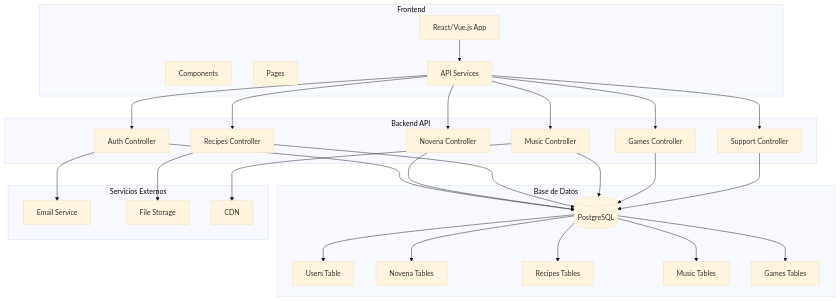
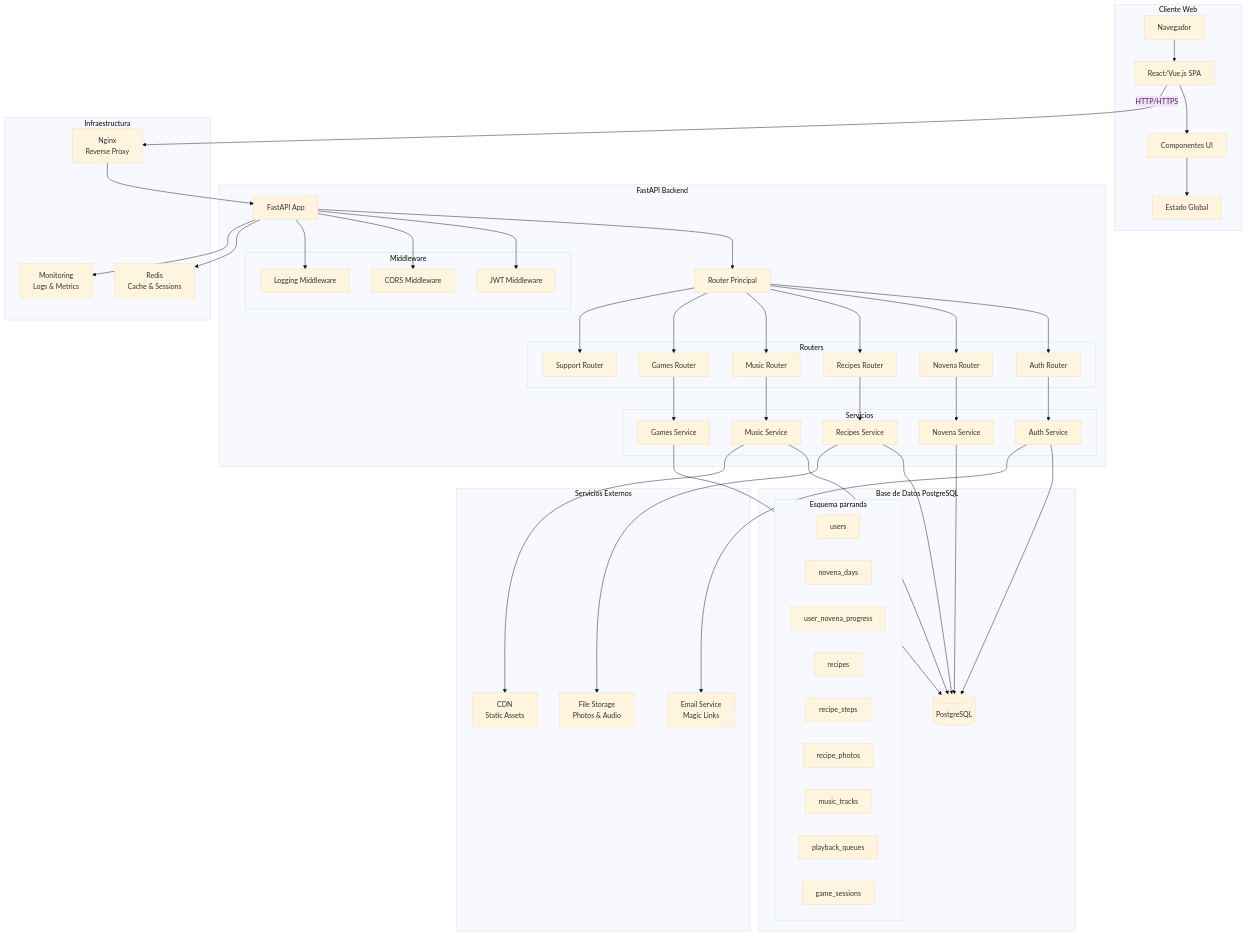
One commit to AndresGuido9820/Parranda-navide-a- changed the first of 2 diagrams in README.md. Above: the diagram before and after it, drawn with Mermaid (base theme). The commit also changed other lines of this file, not shown here.

````diff
--- a/README.md
+++ b/README.md
@@ -305,58 +316,111 @@
 ```mermaid
 graph TB
-    subgraph "Frontend"
-        UI[React/Vue.js App]
-        COMP[Components]
-        PAGES[Pages]
-        SERVICES[API Services]
+    subgraph "Cliente Web"
+        BROWSER[Navegador]
+        UI[React/Vue.js SPA]
+        COMP[Componentes UI]
+        STATE[Estado Global]
     end
     
-    subgraph "Backend API"
-        AUTH[Auth Controller]
-        NOVENA[Novena Controller]
-        RECIPES[Recipes Controller]
-        MUSIC[Music Controller]
-        GAMES[Games Controller]
-        SUPPORT[Support Controller]
+    subgraph "FastAPI Backend"
+        API[FastAPI App]
+        ROUTER[Router Principal]
+        
+        subgraph "Routers"
+            AUTH_ROUTER[Auth Router]
+            NOVENA_ROUTER[Novena Router]
+            RECIPES_ROUTER[Recipes Router]
+            MUSIC_ROUTER[Music Router]
+            GAMES_ROUTER[Games Router]
+            SUPPORT_ROUTER[Support Router]
+        end
+        
+        subgraph "Servicios"
+            AUTH_SVC[Auth Service]
+            NOVENA_SVC[Novena Service]
+            RECIPES_SVC[Recipes Service]
+            MUSIC_SVC[Music Service]
+            GAMES_SVC[Games Service]
+        end
+        
+        subgraph "Middleware"
+            JWT_MW[JWT Middleware]
+            CORS_MW[CORS Middleware]
+            LOG_MW[Logging Middleware]
+        end
     end
     
-    subgraph "Base de Datos"
+    subgraph "Base de Datos PostgreSQL"
         PG[(PostgreSQL)]
-        USERS[Users Table]
-        NOVENA_DB[Novena Tables]
-        RECIPES_DB[Recipes Tables]
-        MUSIC_DB[Music Tables]
-        GAMES_DB[Games Tables]
+        
+        subgraph "Esquema parranda"
+            USERS_TBL[users]
+            NOVENA_TBL[novena_days]
+            PROGRESS_TBL[user_novena_progress]
+            RECIPES_TBL[recipes]
+            STEPS_TBL[recipe_steps]
+            PHOTOS_TBL[recipe_photos]
+            TRACKS_TBL[music_tracks]
+            QUEUES_TBL[playback_queues]
+            GAMES_TBL[game_sessions]
+        end
     end
     
     subgraph "Servicios Externos"
-        EMAIL[Email Service]
-        STORAGE[File Storage]
-        CDN[CDN]
+        EMAIL_SVC[Email Service<br/>Magic Links]
+        FILE_STORAGE[File Storage<br/>Photos & Audio]
+        CDN[CDN<br/>Static Assets]
     end
     
-    UI --> SERVICES
-    SERVICES --> AUTH
-    SERVICES --> NOVENA
-    SERVICES --> RECIPES
-    SERVICES --> MUSIC
-    SERVICES --> GAMES
-    SERVICES --> SUPPORT
+    subgraph "Infraestructura"
+        NGINX[Nginx<br/>Reverse Proxy]
+        REDIS[Redis<br/>Cache & Sessions]
+        MONITORING[Monitoring<br/>Logs & Metrics]
+    end
     
-    AUTH --> PG
-    NOVENA --> PG
-    RECIPES --> PG
-    MUSIC --> PG
-    GAMES --> PG
-    SUPPORT --> PG
+    %% Flujo principal
+    BROWSER --> UI
+    UI --> COMP
+    COMP --> STATE
     
-    PG --> USERS
-    PG --> NOVENA_DB
-    PG --> RECIPES_DB
-    PG --> MUSIC_DB
-    PG --> GAMES_DB
+    UI -->|HTTP/HTTPS| NGINX
+    NGINX --> API
     
-    AUTH --> EMAIL
-    RECIPES --> STORAGE
-    MUSIC --> CDN
+    API --> ROUTER
+    ROUTER --> AUTH_ROUTER
+    ROUTER --> NOVENA_ROUTER
+    ROUTER --> RECIPES_ROUTER
+    ROUTER --> MUSIC_ROUTER
+    ROUTER --> GAMES_ROUTER
+    ROUTER --> SUPPORT_ROUTER
+    
+    %% Routers a Servicios
+    AUTH_ROUTER --> AUTH_SVC
+    NOVENA_ROUTER --> NOVENA_SVC
+    RECIPES_ROUTER --> RECIPES_SVC
+    MUSIC_ROUTER --> MUSIC_SVC
+    GAMES_ROUTER --> GAMES_SVC
+    
+    %% Servicios a Base de Datos
+    AUTH_SVC --> PG
+    NOVENA_SVC --> PG
+    RECIPES_SVC --> PG
+    MUSIC_SVC --> PG
+    GAMES_SVC --> PG
+    
+    %% Servicios Externos
+    AUTH_SVC --> EMAIL_SVC
+    RECIPES_SVC --> FILE_STORAGE
+    MUSIC_SVC --> CDN
+    
+    %% Middleware
+    API --> JWT_MW
+    API --> CORS_MW
+    API --> LOG_MW
+    
+    %% Cache
+    API --> REDIS
+    
+    %% Monitoreo
+    API --> MONITORING
 ```
````
